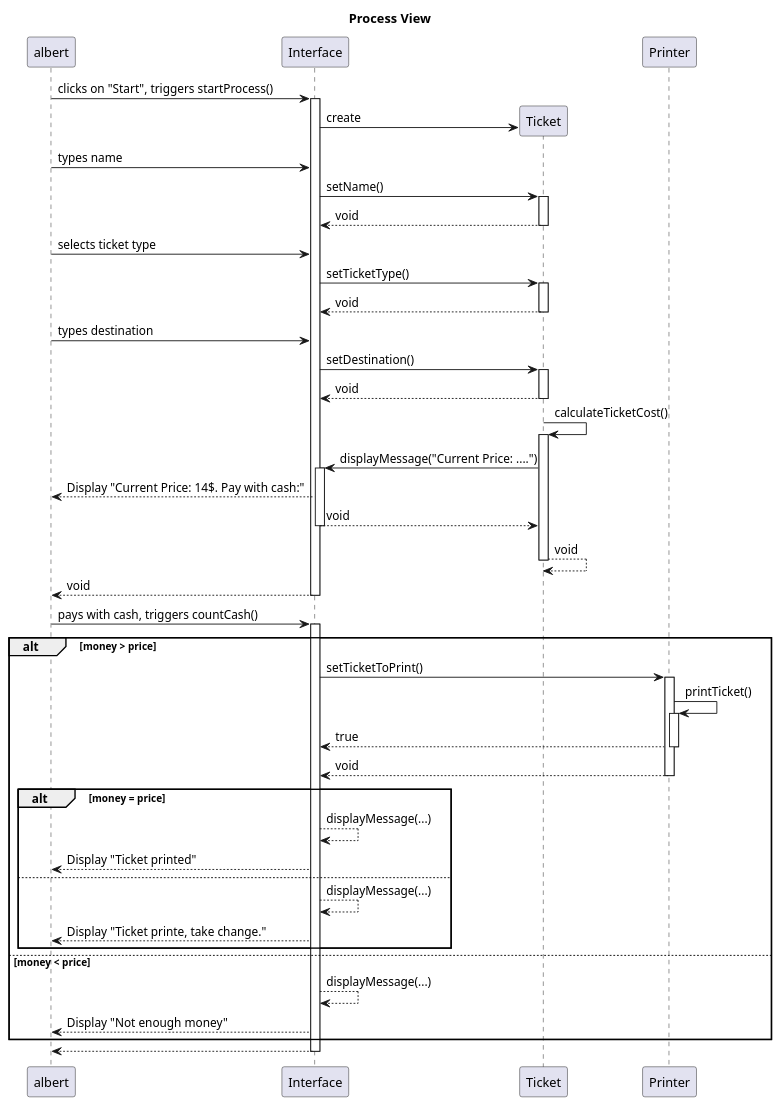
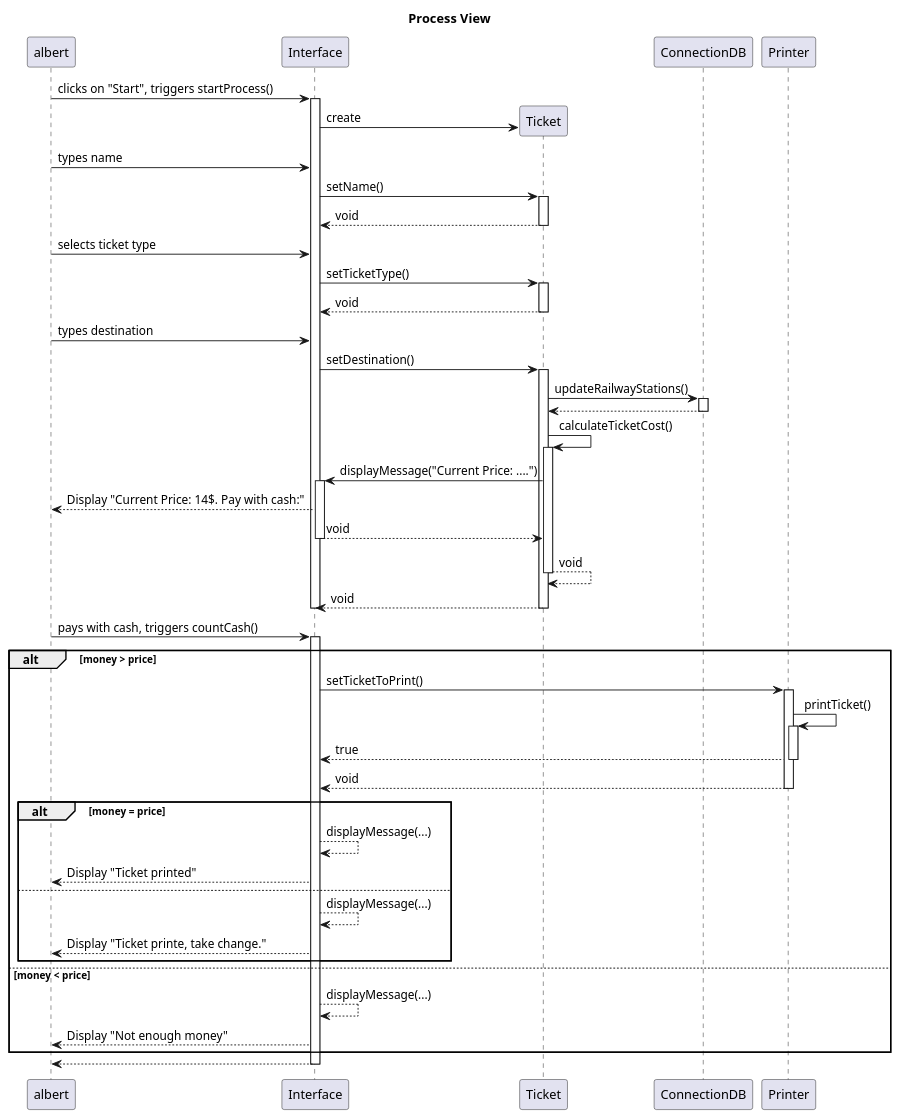
The second of 4 diagrams in src/sheet2/2.puml (larsfriese/swed-fra-uas), drawn with PlantUML before and after one commit. The commit also changed other lines of this file and 2 other files, not shown here.

```diff
--- a/src/sheet2/2.puml
+++ b/src/sheet2/2.puml
@@ -48,67 +59,72 @@
 @startuml
 skinparam classAttributeIconSize 0
 
 title Process View
 autoactivate off
 albert -> Interface : clicks on "Start", triggers startProcess()
 activate Interface
 Interface -> Ticket ** : create
 
 
 albert -> Interface: types name
 
 Interface -> Ticket: setName()
 activate Ticket
 Ticket --> Interface: void
 deactivate Ticket
 
 albert -> Interface: selects ticket type
 Interface -> Ticket: setTicketType()
 activate Ticket
 Ticket --> Interface: void
 deactivate Ticket
 
 albert -> Interface: types destination
 Interface -> Ticket: setDestination()
 activate Ticket
-Ticket --> Interface: void
-deactivate Ticket
+Ticket -> ConnectionDB : updateRailwayStations()
+activate ConnectionDB
+ConnectionDB --> Ticket
+deactivate ConnectionDB
+
 
 Ticket -> Ticket : calculateTicketCost()
 activate Ticket
 Ticket -> Interface: displayMessage("Current Price: ....")
 activate Interface
 Interface --> albert: Display "Current Price: 14$. Pay with cash:"
 return void
 return void
 return void
+
+deactivate Interface
 
 albert -> Interface: pays with cash, triggers countCash()
 activate Interface
 alt money > price
     Interface -> Printer: setTicketToPrint()
     activate Printer
     Printer -> Printer: printTicket()
     activate Printer
     Printer --> Interface: true
     deactivate Printer
     return void
 
 alt money = price
     Interface --> Interface: displayMessage(...)
     Interface --> albert: Display "Ticket printed"
 else
     Interface --> Interface: displayMessage(...)
     Interface --> albert: Display "Ticket printe, take change."
 end
 else money < price
     Interface --> Interface: displayMessage(...)
     Interface --> albert: Display "Not enough money"
 end
 
 return
 
 
 
 
 @enduml
```
